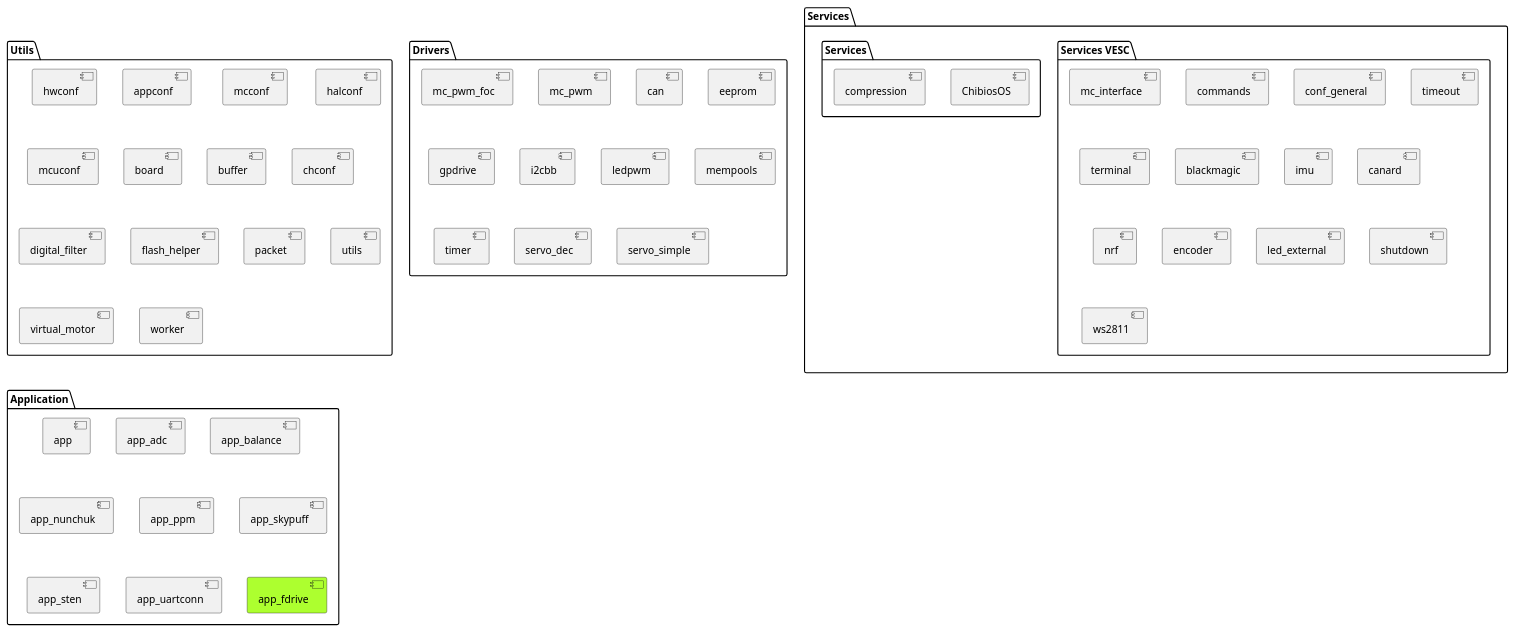
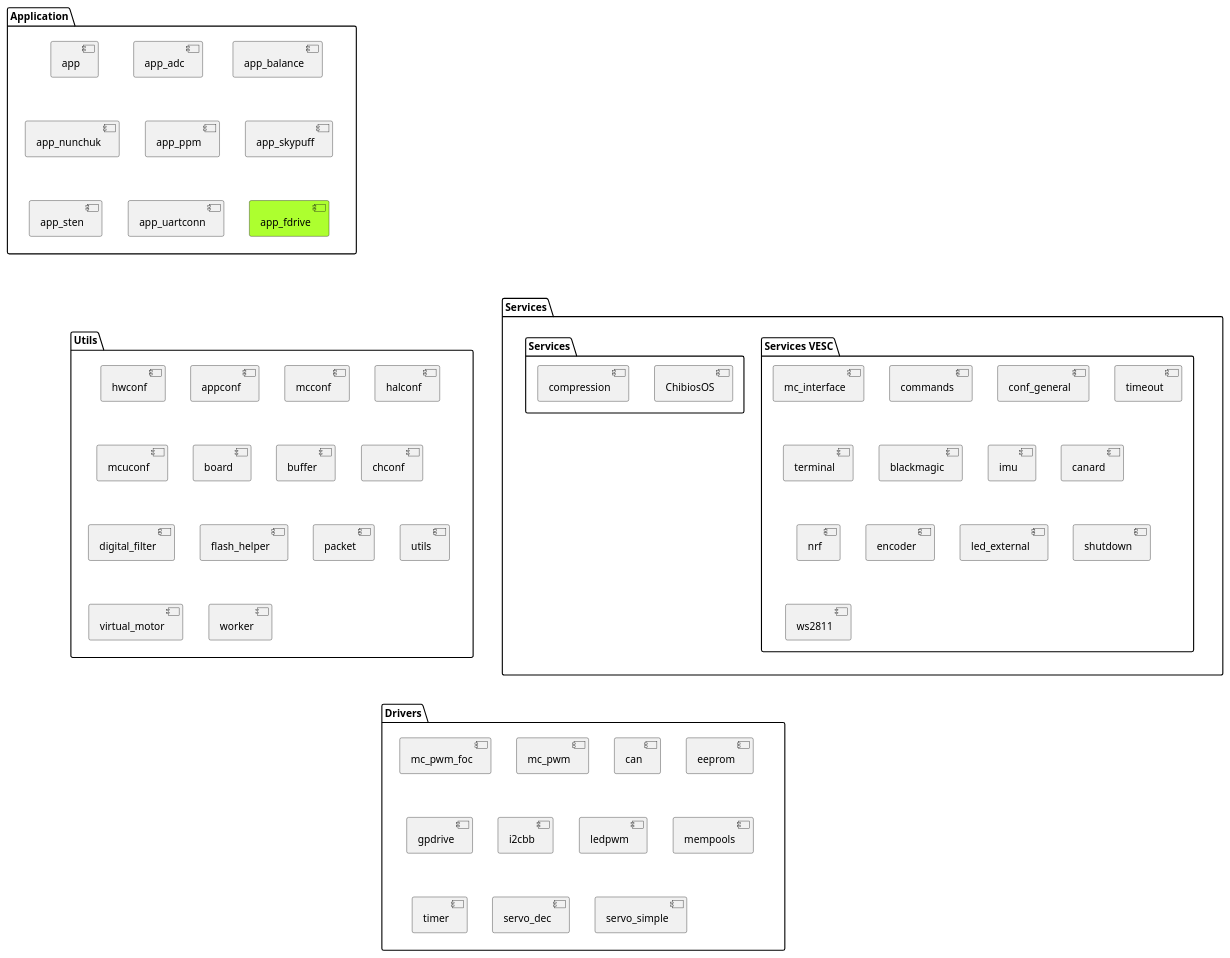
One commit to PiotrStrzalka/PiotrStrzalka.github.io changed the diagram in uml/vesc-component-view.iuml. Above: the diagram before and after it, drawn with PlantUML. The commit also changed 12 other files, not shown here.

```diff
--- a/uml/vesc-component-view.iuml
+++ b/uml/vesc-component-view.iuml
@@ -1,72 +1,92 @@
 @startuml
   ' top to bottom direction
 '   left to right direction
   ' X-right[hidden]-Y  
+
+  ' skinparam package<<invisible>> {
+  '     Shadowing none
+  '     BorderColor #white
+  '     FontSize 0
+  '     StereotypeFontSize 0
+  ' }
+
+' package invisible <<invisible>> {
+'     [SERVICES]
+'     [UTILS]
+' }
+
+
+  package "Application" as APP {
+    [app]
+    [app_adc]
+    [app_balance]
+    [app_nunchuk]
+    [app_ppm]
+    [app_skypuff]
+    [app_sten]
+    [app_uartconn]
+    [app_fdrive] #GreenYellow
+  }
+
   package "Utils" as UTILS {
     [hwconf]
     [appconf]
     [mcconf]
     [halconf]
     [mcuconf]
     [board]
     [buffer]
     [chconf]
     [digital_filter]
     [flash_helper]
     [packet]   
     [utils]
     [virtual_motor]
     [worker]
   }
-  package "Drivers" as DRIVERS {
-    [mc_pwm_foc]
-    [mc_pwm]
-    [can]
-    [eeprom]
-    [gpdrive]
-    [i2cbb]
-    [ledpwm]
-    [mempools]
-    [timer]
-    [servo_dec]
-    [servo_simple] 
-  }
+
   package Services as SERVICES {
     package "Services VESC" as SERVICES_VESC {
       [mc_interface]
       [commands]
       [conf_general]
       [timeout]
       [terminal]
       [blackmagic]
       [imu]
       [canard]
       [nrf]
       [encoder]
       [led_external]
       [shutdown]
       [ws2811]
     }
     package "Services" as SERVICES_OS{
       [ChibiosOS]
       [compression]
     }
   }
-  package "Application" as APP {
-    [app]
-    [app_adc]
-    [app_balance]
-    [app_nunchuk]
-    [app_ppm]
-    [app_skypuff]
-    [app_sten]
-    [app_uartconn]
-    [app_fdrive] #GreenYellow
+
+package "Drivers" as DRIVERS {
+    [mc_pwm_foc]
+    [mc_pwm]
+    [can]
+    [eeprom]
+    [gpdrive]
+    [i2cbb]
+    [ledpwm]
+    [mempools]
+    [timer]
+    [servo_dec]
+    [servo_simple] 
   }
+
+
 
   ' note left of APP : Test note
 
-  ' APP ----> SERVICES
-  ' SERVICES_VESC -right-> SERVICES_OS
+  APP -----[hidden]> SERVICES
+  APP -----[hidden]> UTILS
+  SERVICES -----[hidden]> DRIVERS
 
 @enduml
```
